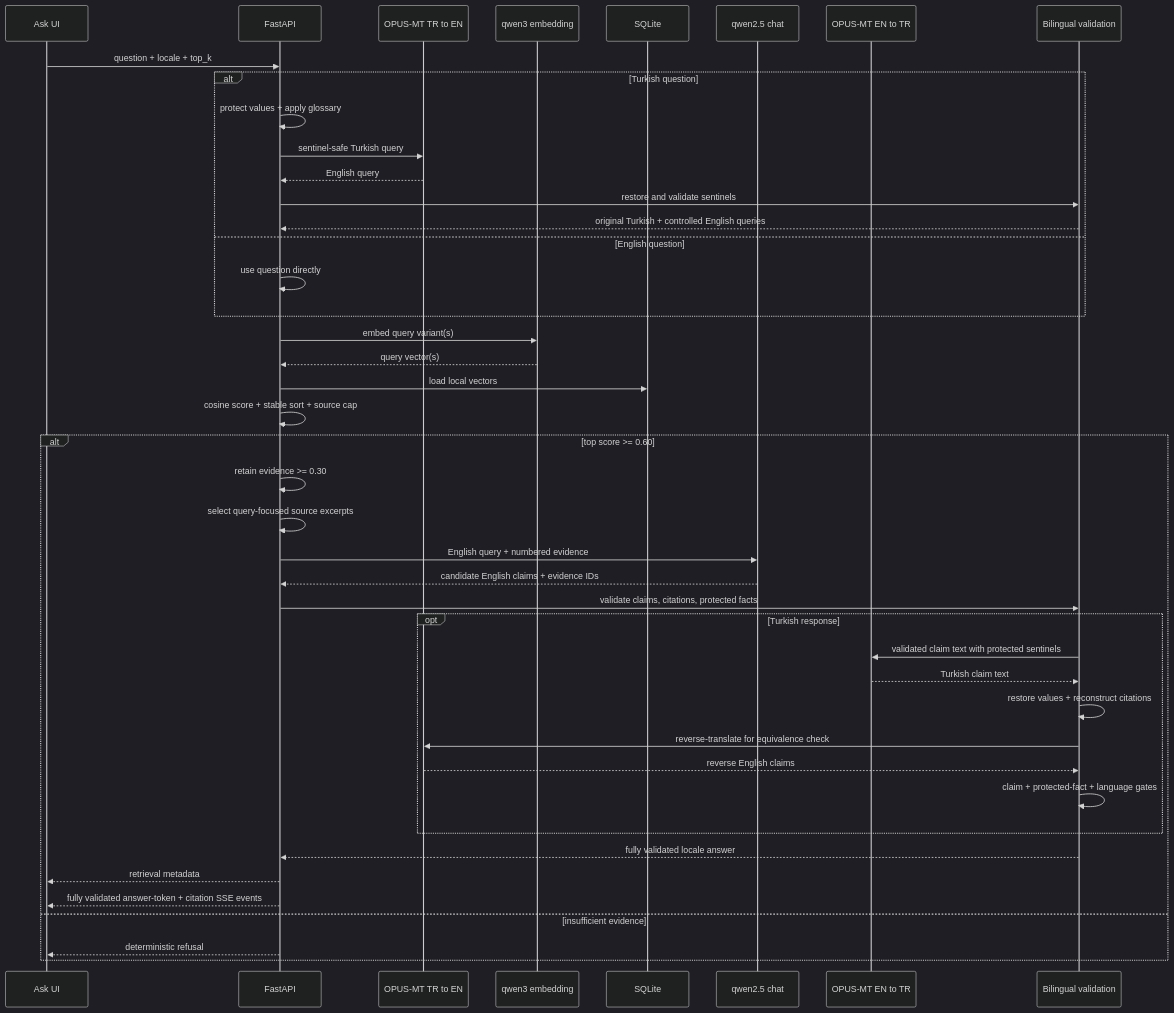
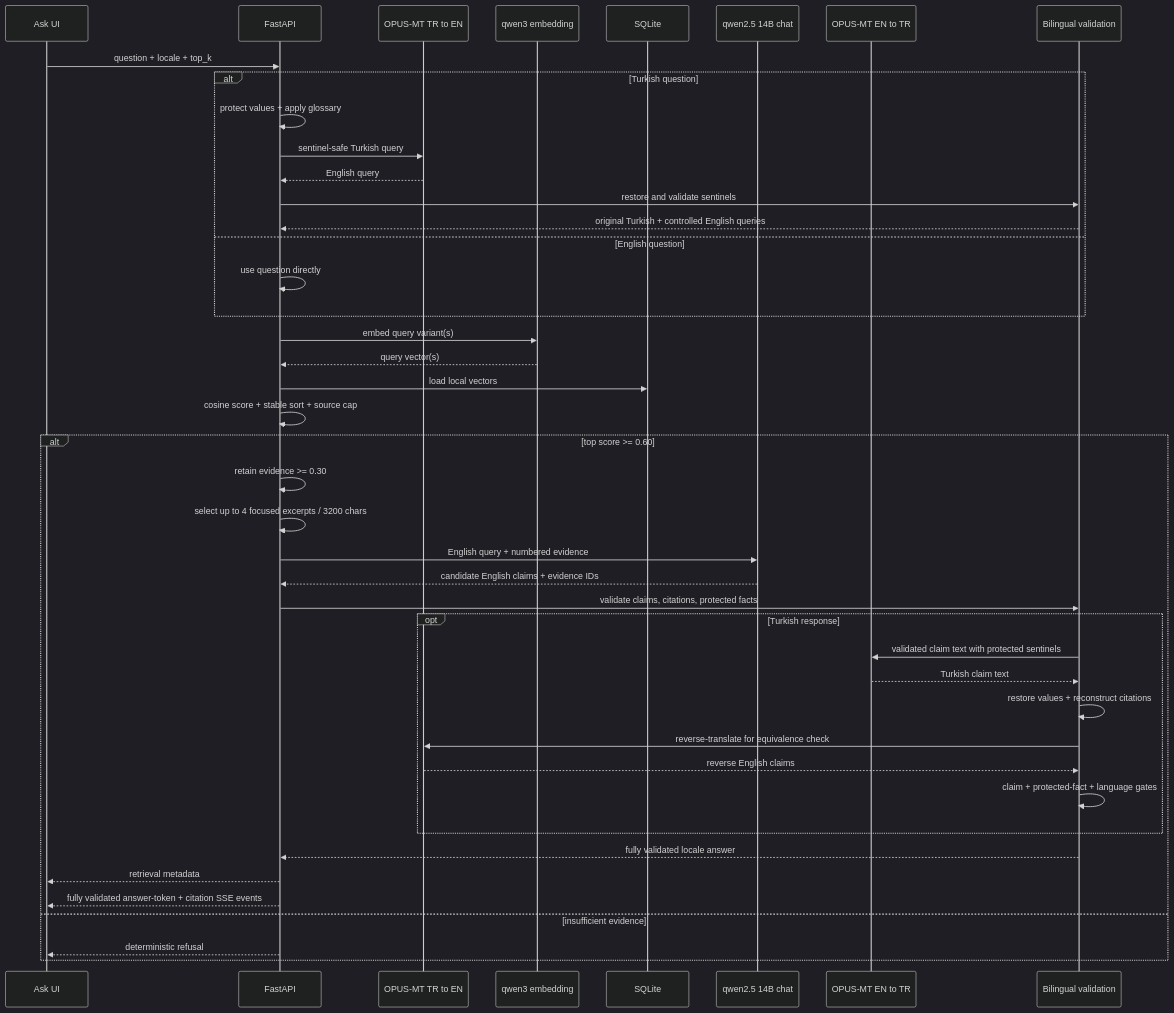
One commit to furkan-sarica/tracefold changed the second of 2 diagrams in docs/architecture.md. Above: the diagram before and after it, drawn with Mermaid (dark theme). The commit also changed other lines of this file and 30 other files, not shown here.

````diff
--- a/docs/architecture.md
+++ b/docs/architecture.md
@@ -103,46 +103,46 @@
 ```mermaid
 sequenceDiagram
     participant UI as Ask UI
     participant API as FastAPI
     participant TR_EN as OPUS-MT TR to EN
     participant EMB as qwen3 embedding
     participant DB as SQLite
-    participant LLM as qwen2.5 chat
+    participant LLM as qwen2.5 14B chat
     participant EN_TR as OPUS-MT EN to TR
     participant GATE as Bilingual validation
 
     UI->>API: question + locale + top_k
     alt Turkish question
         API->>API: protect values + apply glossary
         API->>TR_EN: sentinel-safe Turkish query
         TR_EN-->>API: English query
         API->>GATE: restore and validate sentinels
         GATE-->>API: original Turkish + controlled English queries
     else English question
         API->>API: use question directly
     end
     API->>EMB: embed query variant(s)
     EMB-->>API: query vector(s)
     API->>DB: load local vectors
     API->>API: cosine score + stable sort + source cap
     alt top score >= 0.60
         API->>API: retain evidence >= 0.30
-        API->>API: select query-focused source excerpts
+        API->>API: select up to 4 focused excerpts / 3200 chars
         API->>LLM: English query + numbered evidence
         LLM-->>API: candidate English claims + evidence IDs
         API->>GATE: validate claims, citations, protected facts
         opt Turkish response
             GATE->>EN_TR: validated claim text with protected sentinels
             EN_TR-->>GATE: Turkish claim text
             GATE->>GATE: restore values + reconstruct citations
             GATE->>TR_EN: reverse-translate for equivalence check
             TR_EN-->>GATE: reverse English claims
             GATE->>GATE: claim + protected-fact + language gates
         end
         GATE-->>API: fully validated locale answer
         API-->>UI: retrieval metadata
         API-->>UI: fully validated answer-token + citation SSE events
     else insufficient evidence
         API-->>UI: deterministic refusal
     end
 ```
````
